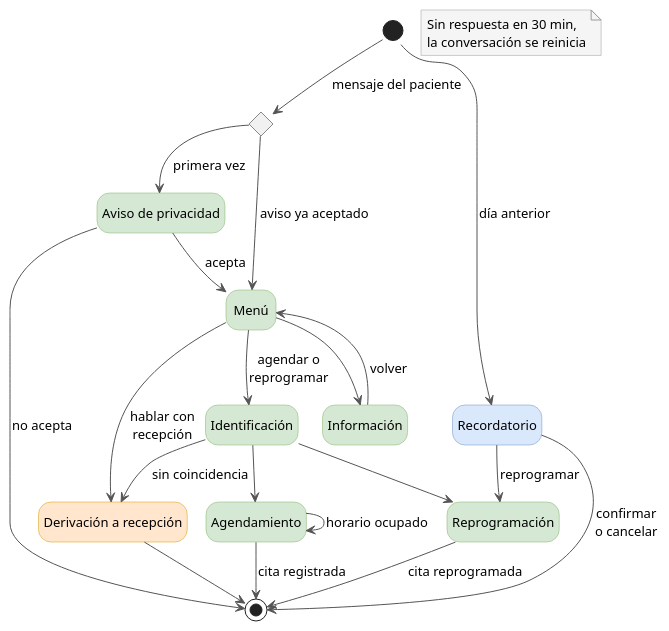
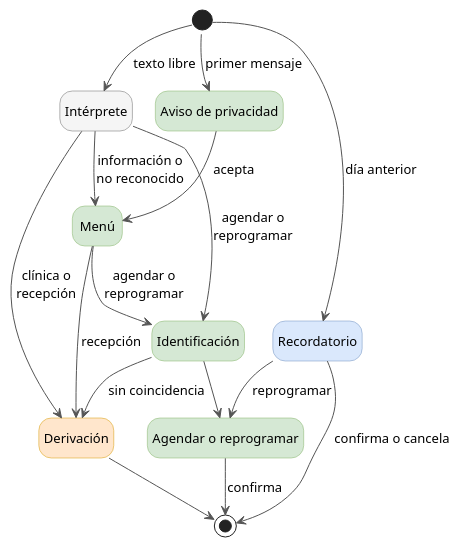
Before and after one commit to JaviFiallos/bachelor-latex-thesis: the diagram in diagramas/plantuml/estados_conversacion.puml, drawn with PlantUML. The commit also changed 71 other files, not shown here.

```diff
--- a/diagramas/plantuml/estados_conversacion.puml
+++ b/diagramas/plantuml/estados_conversacion.puml
@@ -1,56 +1,45 @@
 @startuml estados_conversacion
 !pragma layout smetana
 skinparam shadowing false
 skinparam backgroundColor white
 skinparam defaultFontName Arial
 skinparam defaultFontSize 13
 skinparam ArrowColor #555555
 skinparam state {
   RoundCorner 12
   BackgroundColor #D5E8D4
   BorderColor #82B366
   BackgroundColor<<derivar>> #FFE6CC
   BorderColor<<derivar>> #D79B00
   BackgroundColor<<recordatorio>> #DAE8FC
   BorderColor<<recordatorio>> #6C8EBF
-}
-skinparam note {
-  BackgroundColor #F5F5F5
-  BorderColor #999999
+  BackgroundColor<<interprete>> #F5F5F5
+  BorderColor<<interprete>> #666666
 }
 hide empty description
 hide stereotype
 
-state aceptado <<choice>>
 state "Aviso de privacidad" as Aviso
+state "Intérprete" as Interprete <<interprete>>
 state "Menú" as Menu
-state "Información" as Informacion
 state "Identificación" as Identificacion
-state "Agendamiento" as Agendar
-state "Reprogramación" as Reprogramar
+state "Agendar o reprogramar" as Cita
 state "Recordatorio" as Recordatorio <<recordatorio>>
-state "Derivación a recepción" as Derivar <<derivar>>
+state "Derivación" as Derivar <<derivar>>
 
-[*] --> aceptado : mensaje del paciente
-aceptado --> Menu : aviso ya aceptado
-aceptado --> Aviso : primera vez
+[*] --> Aviso : primer mensaje
 Aviso --> Menu : acepta
-Aviso --> [*] : no acepta
-Menu --> Informacion
-Informacion --> Menu : volver
+[*] --> Interprete : texto libre
+Interprete --> Menu : información o\nno reconocido
+Interprete --> Identificacion : agendar o\nreprogramar
+Interprete --> Derivar : clínica o\nrecepción
 Menu --> Identificacion : agendar o\nreprogramar
-Menu --> Derivar : hablar con\nrecepción
-Identificacion --> Agendar
-Identificacion --> Reprogramar
+Menu --> Derivar : recepción
+Identificacion --> Cita
 Identificacion --> Derivar : sin coincidencia
-Agendar --> Agendar : horario ocupado
-Agendar --> [*] : cita registrada
-Reprogramar --> [*] : cita reprogramada
+Cita --> [*] : confirma
+[*] --> Recordatorio : día anterior
+Recordatorio --> Cita : reprogramar
+Recordatorio --> [*] : confirma o cancela
 Derivar --> [*]
-
-[*] --> Recordatorio : día anterior
-Recordatorio --> [*] : confirmar\no cancelar
-Recordatorio --> Reprogramar : reprogramar
-
-note "Sin respuesta en 30 min,\nla conversación se reinicia" as N1
 @enduml
```
